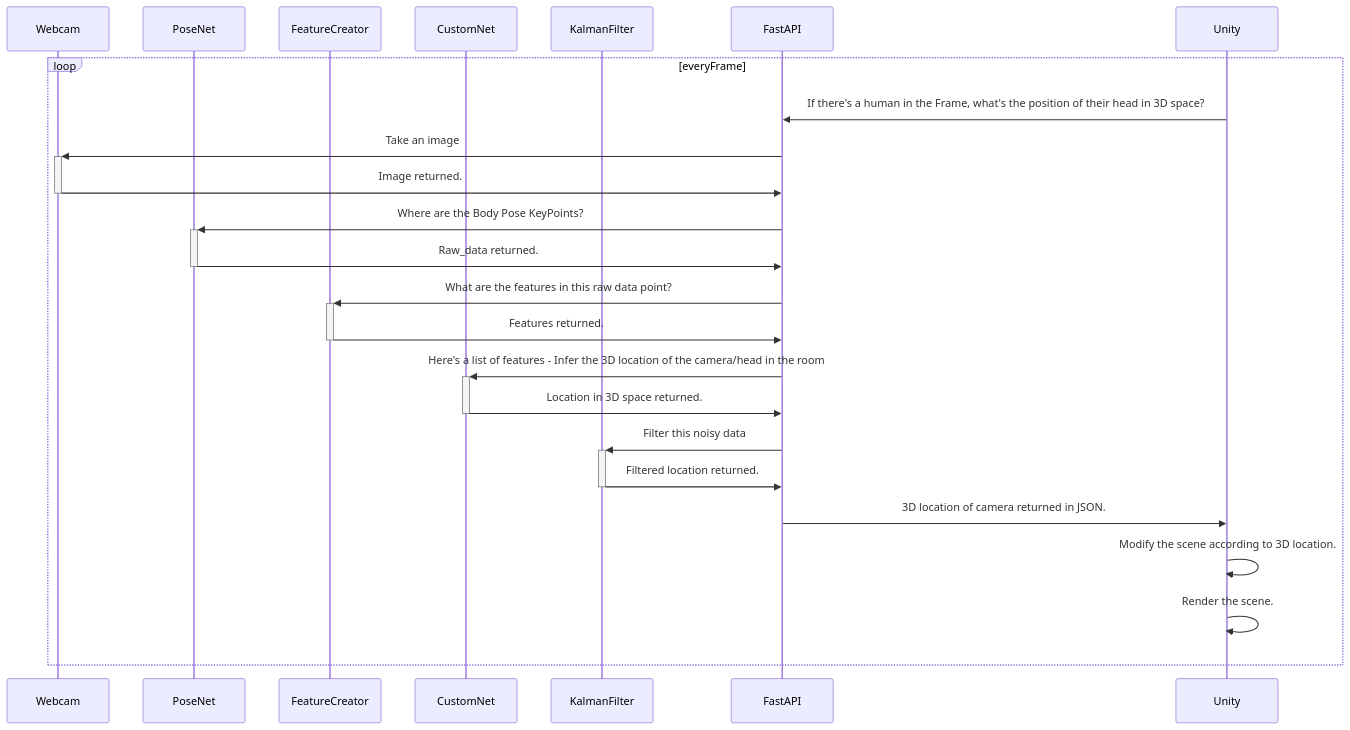
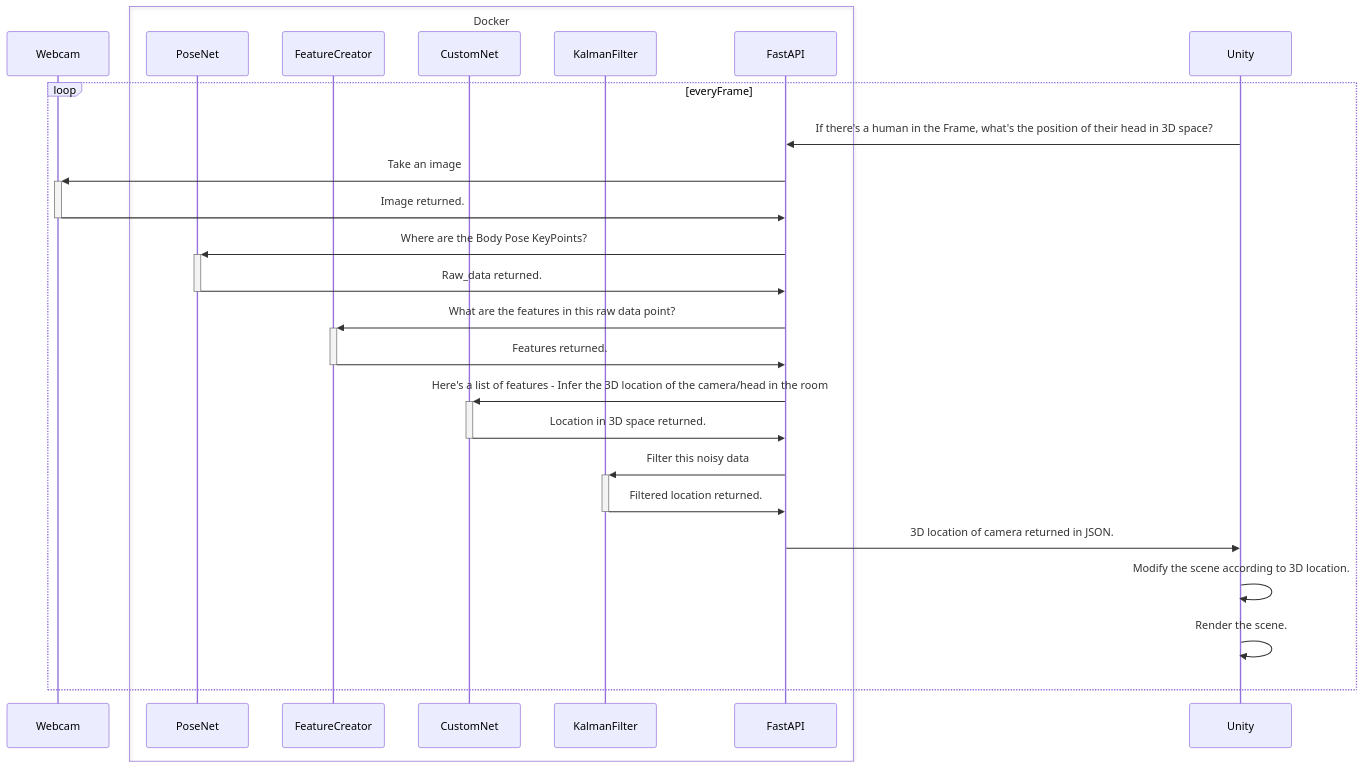
Before and after one commit to eyast/eyast.github.io: the diagram in _projects/3D_Display.md, drawn with Mermaid.

Commit message:
1 box only

```diff
--- a/_projects/3D_Display.md
+++ b/_projects/3D_Display.md
@@ -31,28 +31,29 @@
 {% mermaid %}
 sequenceDiagram
-
     participant Webcam
+    box Docker
     participant PoseNet
     participant FeatureCreator
     participant CustomNet
     participant KalmanFilter
     participant FastAPI
+    end
     participant Unity
     loop everyFrame
     Unity->>FastAPI:If there's a human in the Frame, what's the position of their head in 3D space?
     FastAPI->>+Webcam: Take an image
     Webcam->>-FastAPI: Image returned.
     FastAPI->>+PoseNet: Where are the Body Pose KeyPoints?
     PoseNet->>-FastAPI: Raw_data returned.
     FastAPI->>+FeatureCreator: What are the features in this raw data point?
     FeatureCreator->>-FastAPI: Features returned.
     FastAPI->>+CustomNet: Here's a list of features - Infer the 3D location of the camera/head in the room
     CustomNet->>-FastAPI: Location in 3D space returned.
     FastAPI->>+KalmanFilter: Filter this noisy data
     KalmanFilter->>-FastAPI: Filtered location returned.
     FastAPI->>Unity: 3D location of camera returned in JSON.
     Unity->>Unity: Modify the scene according to 3D location.
     Unity->>Unity: Render the scene.
     end
 
 {% endmermaid %}
```
